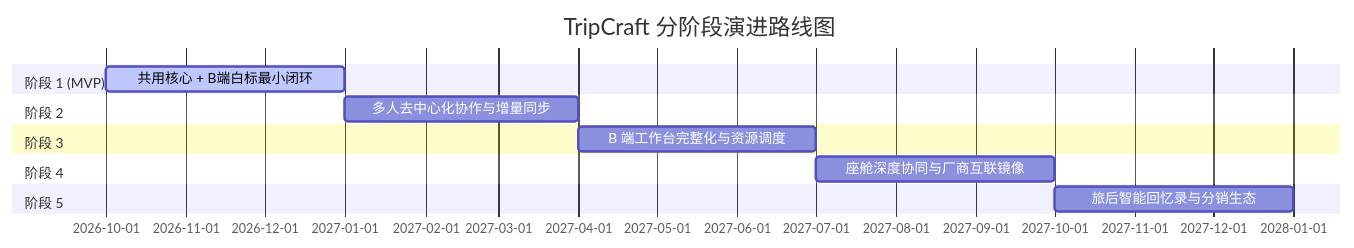
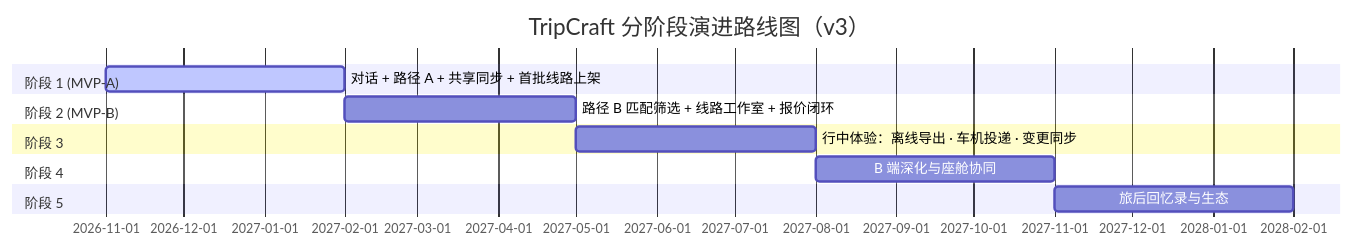
Before and after one commit to JohnMaxwell0123/TripCraft: the diagram in docs/delivery/DLV-01-roadmap-mvp.md, drawn with Mermaid. The commit also changed other lines of this file and 55 other files, not shown here.

````diff
--- a/docs/delivery/DLV-01-roadmap-mvp.md
+++ b/docs/delivery/DLV-01-roadmap-mvp.md
@@ -17,15 +19,15 @@
 ```mermaid
 gantt
-    title TripCraft 分阶段演进路线图
+    title TripCraft 分阶段演进路线图（v3）
     dateFormat YYYY-MM
-    section 阶段 1 (MVP)
-    共用核心 + B端白标最小闭环    :active, p1, 2026-10, 3M
-    section 阶段 2
-    多人去中心化协作与增量同步    :p2, after p1, 3M
+    section 阶段 1 (MVP-A)
+    对话 + 路径 A + 共享同步 + 首批线路上架   :active, p1, 2026-11, 3M
+    section 阶段 2 (MVP-B)
+    路径 B 匹配筛选 + 线路工作室 + 报价闭环   :p2, after p1, 3M
     section 阶段 3
-    B 端工作台完整化与资源调度    :p3, after p2, 3M
+    行中体验：离线导出 · 车机投递 · 变更同步  :p3, after p2, 3M
     section 阶段 4
-    座舱深度协同与厂商互联镜像    :p4, after p3, 3M
+    B 端深化与座舱协同                      :p4, after p3, 3M
     section 阶段 5
-    旅后智能回忆录与分销生态      :p5, after p4, 3M
+    旅后回忆录与生态                        :p5, after p4, 3M
 ```
````
